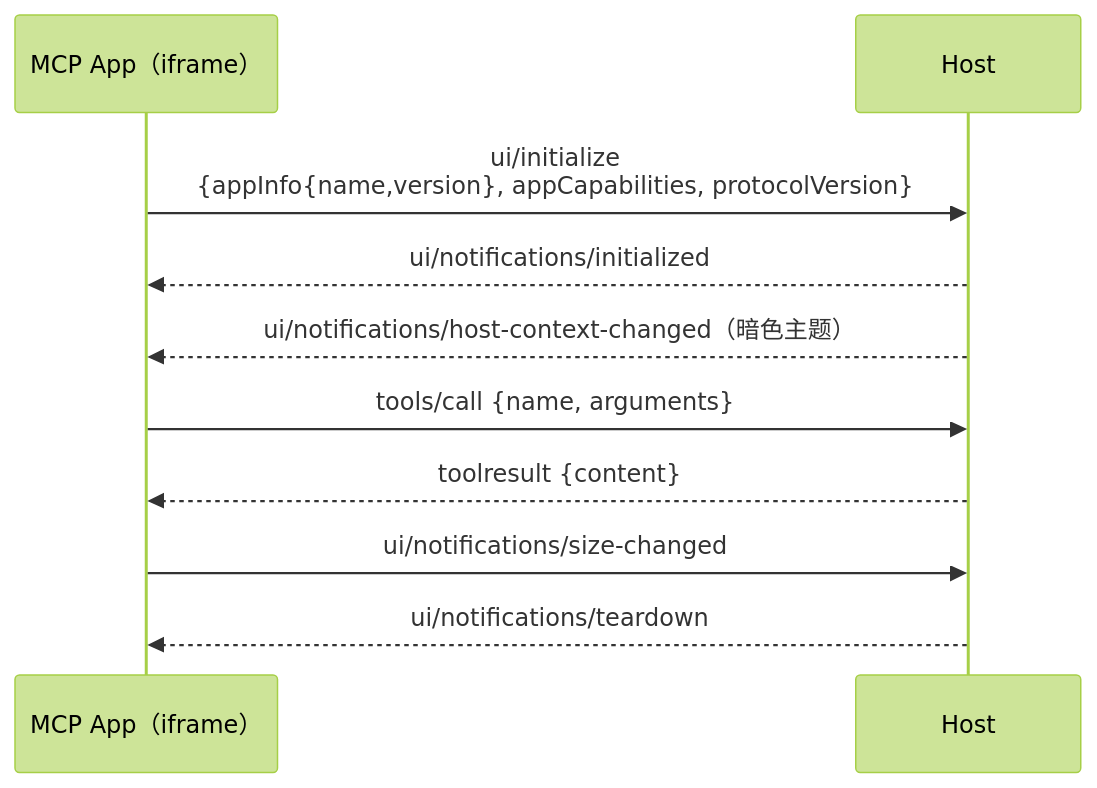
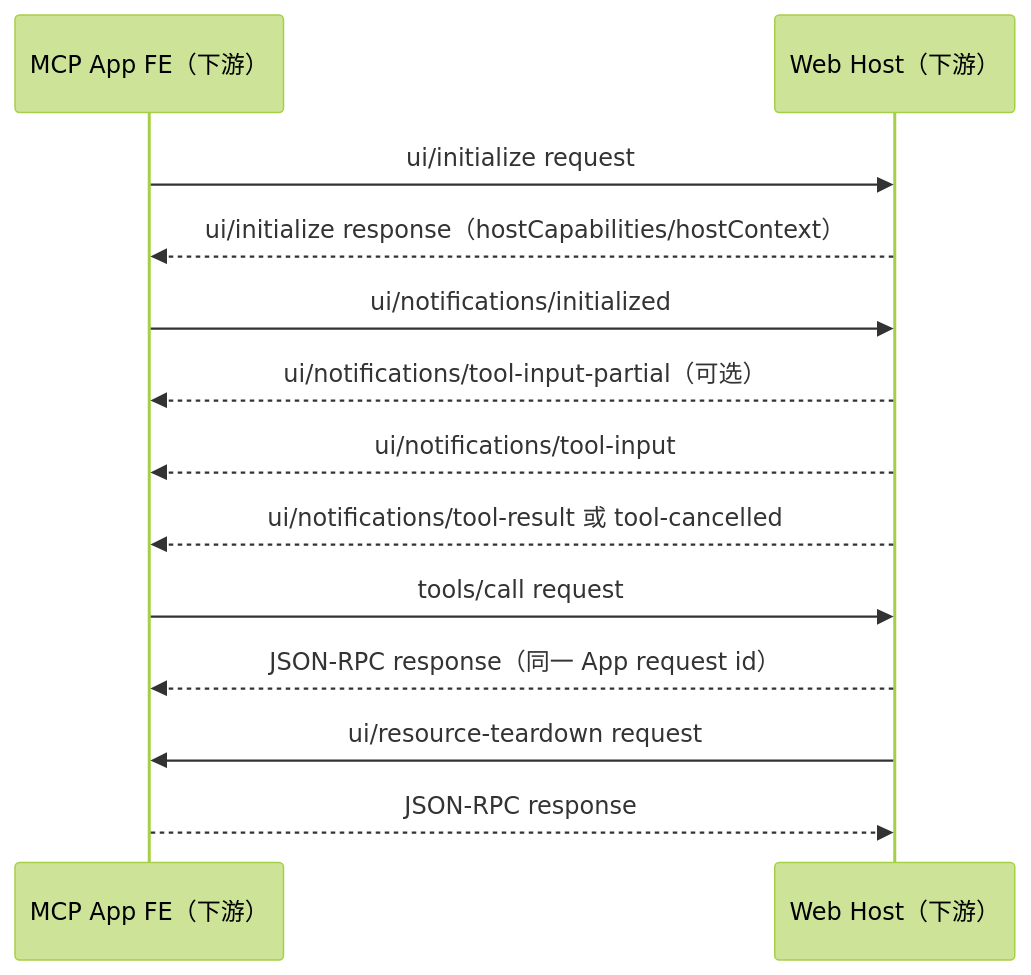
One commit to KonghaYao/peri changed the seventh of 7 diagrams in docs/design/mcp-connector-guide-v2.md. Above: the diagram before and after it, drawn with Mermaid (forest theme). The commit also changed other lines of this file and 48 other files, not shown here.

First line of the commit message:
Merge pull request #103 from KonghaYao/feature/mcp-apps

````diff
--- a/docs/design/mcp-connector-guide-v2.md
+++ b/docs/design/mcp-connector-guide-v2.md
@@ -459,12 +471,15 @@
 ```mermaid
 sequenceDiagram
-    participant A as MCP App（iframe）
-    participant H as Host
-    A->>H: ui/initialize<br/>{appInfo{name,version}, appCapabilities, protocolVersion}
-    H-->>A: ui/notifications/initialized
-    H-->>A: ui/notifications/host-context-changed（暗色主题）
-    A->>H: tools/call {name, arguments}
-    H-->>A: toolresult {content}
-    A->>H: ui/notifications/size-changed
-    H-->>A: ui/notifications/teardown
+    participant A as MCP App FE（下游）
+    participant H as Web Host（下游）
+    A->>H: ui/initialize request
+    H-->>A: ui/initialize response（hostCapabilities/hostContext）
+    A->>H: ui/notifications/initialized
+    H-->>A: ui/notifications/tool-input-partial（可选）
+    H-->>A: ui/notifications/tool-input
+    H-->>A: ui/notifications/tool-result 或 tool-cancelled
+    A->>H: tools/call request
+    H-->>A: JSON-RPC response（同一 App request id）
+    H->>A: ui/resource-teardown request
+    A-->>H: JSON-RPC response
 ```
````
